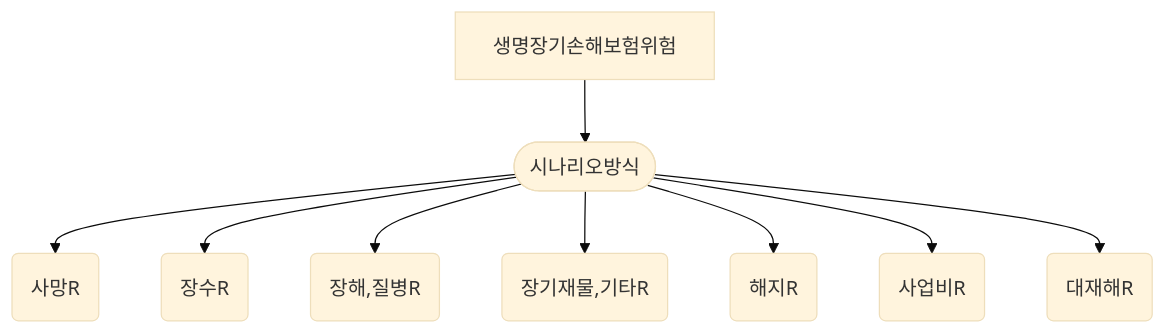
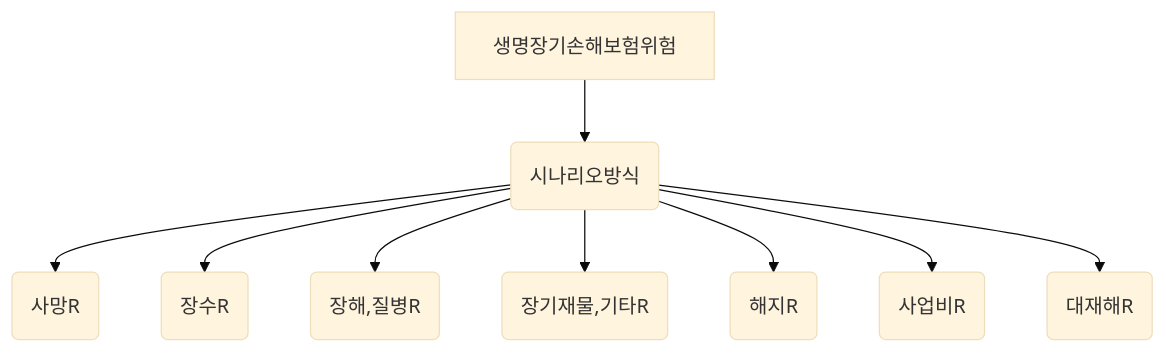
Before and after one commit to gof77/kics: the diagram in content/04-scr/02-life.md, drawn with Mermaid (base theme). The commit also changed other lines of this file and 299 other files, not shown here.

````diff
--- a/content/04-scr/02-life.md
+++ b/content/04-scr/02-life.md
@@ -7,11 +9,12 @@
-<div class="mermaid">
-flowchart TD
-    AA[생명장기손해보험위험] --> A
-    A([시나리오방식]) --> B(사망R)
-    A --> C(장수R)
-    A --> D(장해,질병R)
-    A --> E(장기재물,기타R)
-    A --> F(해지R)
-    A --> G(사업비R)
-    A --> H(대재해R)
-</div>
+```mermaid
+graph TD
+AA[생명장기손해보험위험] -->  A(시나리오방식)
+A --> B(사망R)
+A --> C(장수R)
+A --> D(장해,질병R)
+A --> E(장기재물,기타R)
+A --> F(해지R)
+A --> G(사업비R)
+A --> H(대재해R)
+
+```
````
